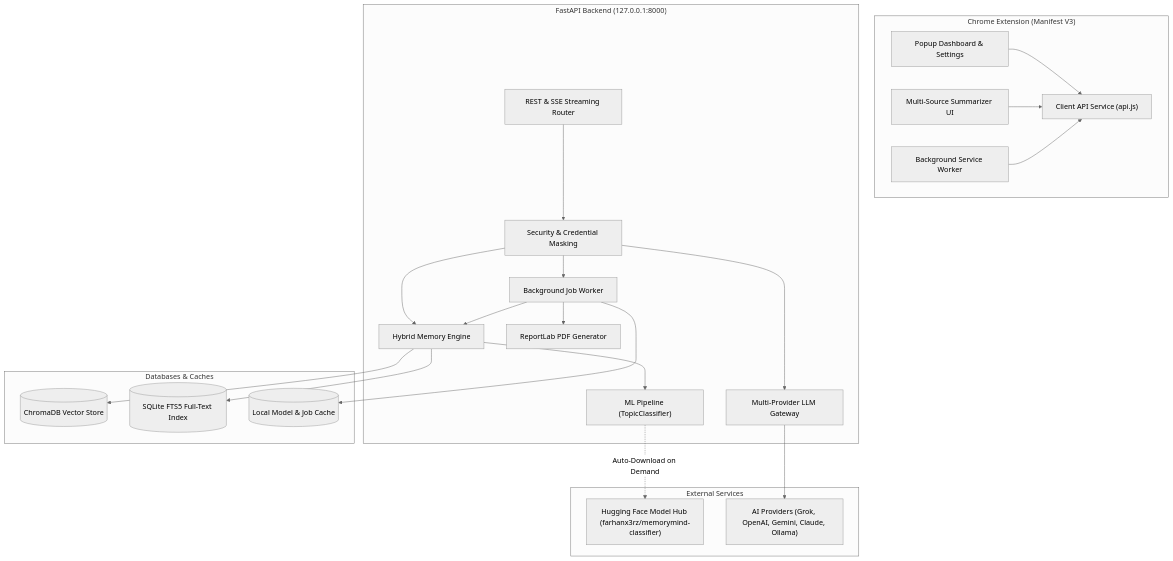
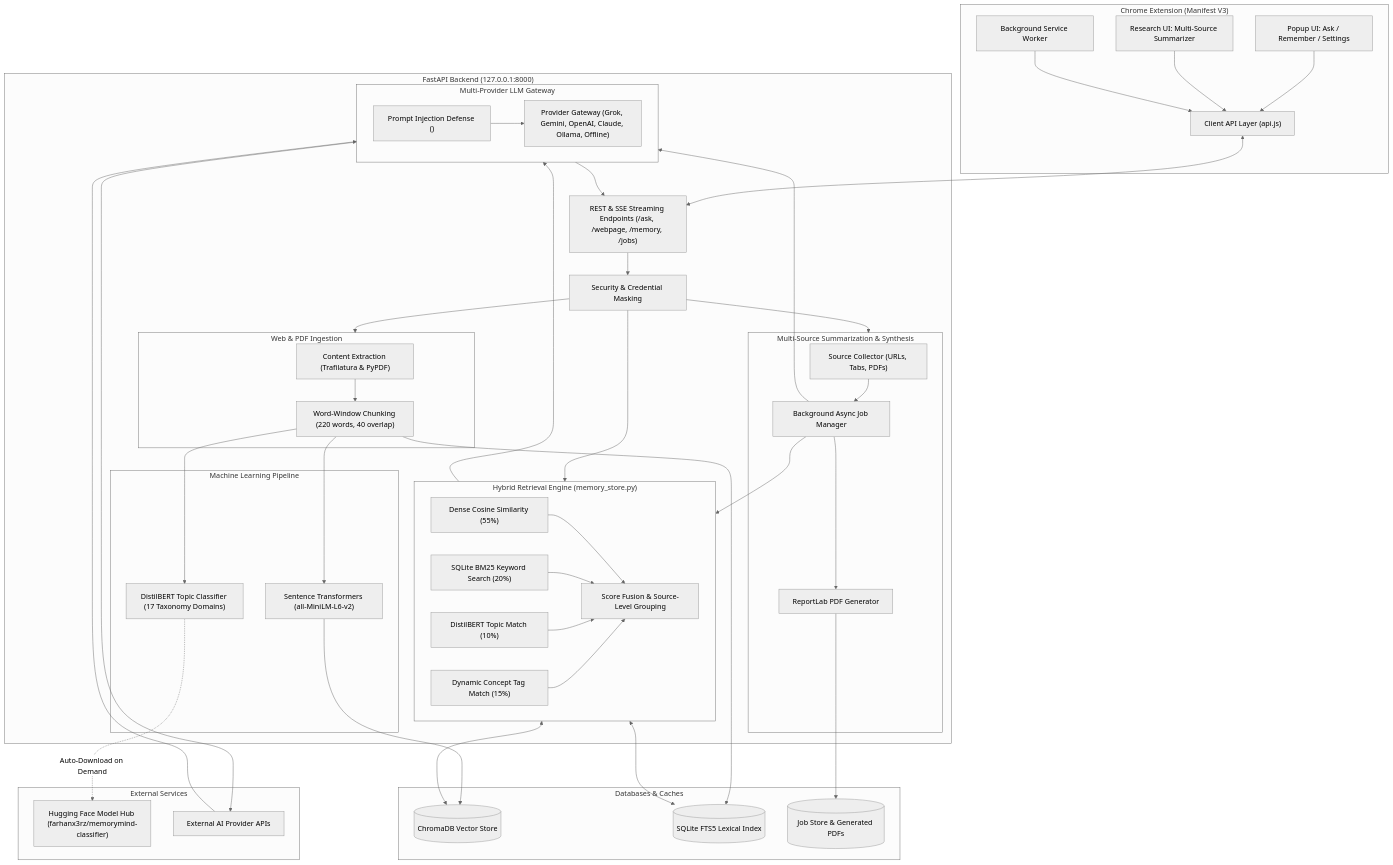
Before and after one commit to farhanx3rz/MemoryMind: the diagram in README.md, drawn with Mermaid (neutral theme). The commit also changed other lines of this file and 8 other files, not shown here.

````diff
--- a/README.md
+++ b/README.md
@@ -30,46 +68,92 @@
 ```mermaid
-graph TD
+flowchart TD
     subgraph Client["Chrome Extension (Manifest V3)"]
-        UI["Popup Dashboard & Settings"]
-        SummUI["Multi-Source Summarizer UI"]
-        BG["Background Service Worker"]
-        API_JS["Client API Service (api.js)"]
-        UI --> API_JS
-        SummUI --> API_JS
-        BG --> API_JS
+        Popup["Popup UI: Ask / Remember / Settings"]
+        ResUI["Research UI: Multi-Source Summarizer"]
+        SW["Background Service Worker"]
+        APIClient["Client API Layer (api.js)"]
+        Popup --> APIClient
+        ResUI --> APIClient
+        SW --> APIClient
     end
 
     subgraph Backend["FastAPI Backend (127.0.0.1:8000)"]
-        Router["REST & SSE Streaming Router"]
+        Router["REST & SSE Streaming Endpoints (/ask, /webpage, /memory, /jobs)"]
         Auth["Security & Credential Masking"]
-        Store["Hybrid Memory Engine"]
-        LLM["Multi-Provider LLM Gateway"]
-        ML["ML Pipeline (TopicClassifier)"]
-        Jobs["Background Job Worker"]
-        PDF["ReportLab PDF Generator"]
 
-        Router --> Auth
-        Auth --> Store
-        Auth --> LLM
-        Auth --> Jobs
-        Store --> ML
-        Jobs --> Store
-        Jobs --> PDF
+        subgraph IngestionEngine["Web & PDF Ingestion"]
+            Extractor["Content Extraction (Trafilatura & PyPDF)"]
+            Chunker["Word-Window Chunking (220 words, 40 overlap)"]
+            Extractor --> Chunker
+        end
+
+        subgraph MLSubsystem["Machine Learning Pipeline"]
+            Classifier["DistilBERT Topic Classifier (17 Taxonomy Domains)"]
+            Embedder["Sentence Transformers (all-MiniLM-L6-v2)"]
+        end
+
+        subgraph HybridSearch["Hybrid Retrieval Engine (memory_store.py)"]
+            DenseScore["Dense Cosine Similarity (55%)"]
+            LexScore["SQLite BM25 Keyword Search (20%)"]
+            TopicScore["DistilBERT Topic Match (10%)"]
+            TagScore["Dynamic Concept Tag Match (15%)"]
+            ScoreFusion["Score Fusion & Source-Level Grouping"]
+            DenseScore --> ScoreFusion
+            LexScore --> ScoreFusion
+            TopicScore --> ScoreFusion
+            TagScore --> ScoreFusion
+        end
+
+        subgraph MultiSourceSynthesis["Multi-Source Summarization & Synthesis"]
+            Collector["Source Collector (URLs, Tabs, PDFs)"]
+            JobWorker["Background Async Job Manager"]
+            PDFGen["ReportLab PDF Generator"]
+            Collector --> JobWorker
+            JobWorker --> PDFGen
+        end
+
+        subgraph LLMGateway["Multi-Provider LLM Gateway"]
+            Sanitizer["Prompt Injection Defense (<untrusted_evidence>)"]
+            ProviderRouter["Provider Gateway (Grok, Gemini, OpenAI, Claude, Ollama, Offline)"]
+            Sanitizer --> ProviderRouter
+        end
     end
 
     subgraph Storage["Databases & Caches"]
         Chroma[("ChromaDB Vector Store")]
-        FTS[("SQLite FTS5 Full-Text Index")]
-        DiskCache[("Local Model & Job Cache")]
-        Store --> Chroma
-        Store --> FTS
-        Jobs --> DiskCache
+        FTS[("SQLite FTS5 Lexical Index")]
+        JobData[("Job Store & Generated PDFs")]
     end
 
     subgraph External["External Services"]
-        HF["Hugging Face Model Hub (farhanx3rz/memorymind-classifier)"]
-        Providers["AI Providers (Grok, OpenAI, Gemini, Claude, Ollama)"]
-        ML -.->|Auto-Download on Demand| HF
-        LLM --> Providers
+        HFHub["Hugging Face Model Hub (farhanx3rz/memorymind-classifier)"]
+        AIProviders["External AI Provider APIs"]
     end
+
+    %% Connections
+    APIClient <--> Router
+    Router --> Auth
+    Auth --> IngestionEngine
+    Auth --> HybridSearch
+    Auth --> MultiSourceSynthesis
+
+    %% Ingestion flow
+    Chunker --> Classifier
+    Chunker --> Embedder
+    Classifier -.->|Auto-Download on Demand| HFHub
+    Embedder --> Chroma
+    Chunker --> FTS
+
+    %% Retrieval & Synthesis flow
+    HybridSearch <--> Chroma
+    HybridSearch <--> FTS
+    HybridSearch --> LLMGateway
+    LLMGateway --> AIProviders
+    AIProviders --> LLMGateway
+    LLMGateway --> Router
+
+    %% Summarization flow
+    JobWorker --> HybridSearch
+    JobWorker --> LLMGateway
+    PDFGen --> JobData
 ```
````
